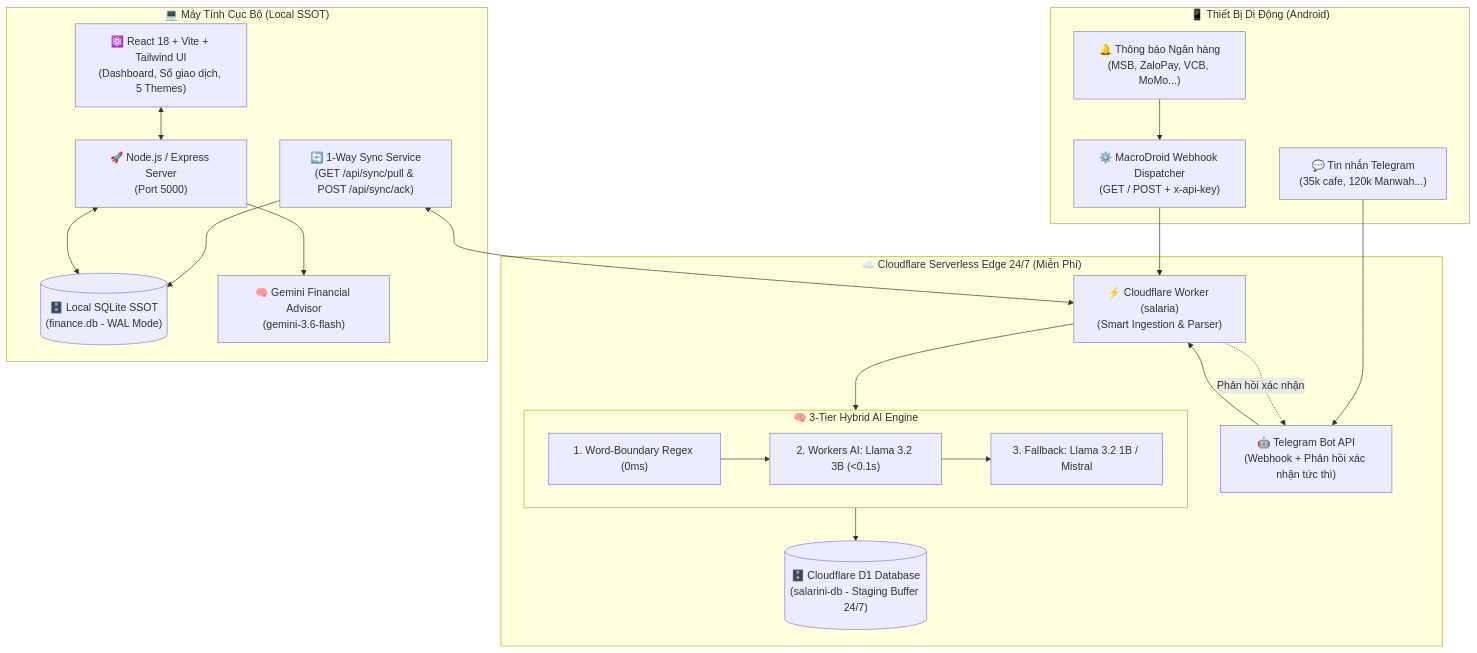
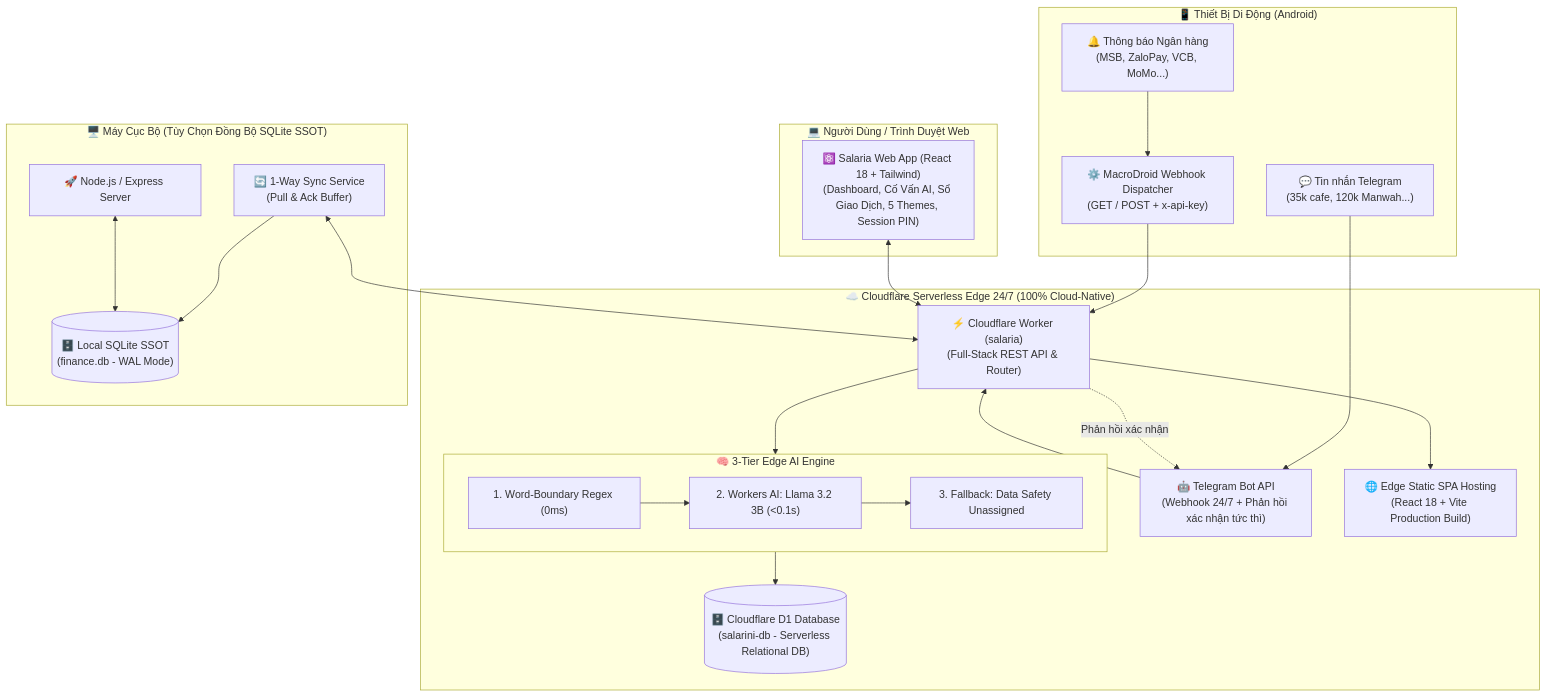
Before and after one commit to dynavv/salaria: the diagram in README.md, drawn with Mermaid. The commit also changed other lines of this file and 11 other files, not shown here.

Commit message:
chore: cleanup legacy code, remove Gemini dependencies & overhaul README architecture

````diff
--- a/README.md
+++ b/README.md
@@ -56,45 +57,48 @@
 ```mermaid
 flowchart TD
     subgraph Mobile ["📱 Thiết Bị Di Động (Android)"]
         BankNoti["🔔 Thông báo Ngân hàng<br/>(MSB, ZaloPay, VCB, MoMo...)"]
         UserMsg["💬 Tin nhắn Telegram<br/>(35k cafe, 120k Manwah...)"]
         MacroDroid["⚙️ MacroDroid Webhook Dispatcher<br/>(GET / POST + x-api-key)"]
         
         BankNoti --> MacroDroid
     end
 
-    subgraph Cloudflare ["☁️ Cloudflare Serverless Edge 24/7 (Miễn Phí)"]
-        Worker["⚡ Cloudflare Worker (salaria)<br/>(Smart Ingestion & Parser)"]
+    subgraph Cloudflare ["☁️ Cloudflare Serverless Edge 24/7 (100% Cloud-Native)"]
+        Worker["⚡ Cloudflare Worker (salaria)<br/>(Full-Stack REST API & Router)"]
         
-        subgraph AI_Engine ["🧠 3-Tier Hybrid AI Engine"]
+        subgraph AI_Engine ["🧠 3-Tier Edge AI Engine"]
             Regex["1. Word-Boundary Regex (0ms)"]
             Llama["2. Workers AI: Llama 3.2 3B (<0.1s)"]
-            Fallback["3. Fallback: Llama 3.2 1B / Mistral"]
+            Fallback["3. Fallback: Data Safety Unassigned"]
             Regex --> Llama --> Fallback
         end
         
-        D1[("🗄️ Cloudflare D1 Database<br/>(salarini-db - Staging Buffer 24/7)")]
-        TgBot["🤖 Telegram Bot API<br/>(Webhook + Phản hồi xác nhận tức thì)"]
+        D1[("🗄️ Cloudflare D1 Database<br/>(salarini-db - Serverless Relational DB)")]
+        TgBot["🤖 Telegram Bot API<br/>(Webhook 24/7 + Phản hồi xác nhận tức thì)"]
+        EdgeStatic["🌐 Edge Static SPA Hosting<br/>(React 18 + Vite Production Build)"]
         
         MacroDroid --> Worker
         UserMsg --> TgBot
         TgBot --> Worker
         Worker --> AI_Engine
         AI_Engine --> D1
         Worker -.->|Phản hồi xác nhận| TgBot
+        Worker --> EdgeStatic
     end
 
-    subgraph Local ["💻 Máy Tính Cục Bộ (Local SSOT)"]
-        SyncService["🔄 1-Way Sync Service<br/>(GET /api/sync/pull & POST /api/sync/ack)"]
+    subgraph Client ["💻 Người Dùng / Trình Duyệt Web"]
+        ReactUI["⚛️ Salaria Web App (React 18 + Tailwind)<br/>(Dashboard, Cố Vấn AI, Sổ Giao Dịch, 5 Themes, Session PIN)"]
+        ReactUI <--> Worker
+    end
+
+    subgraph LocalSync ["🖥️ Máy Cục Bộ (Tùy Chọn Đồng Bộ SQLite SSOT)"]
+        SyncService["🔄 1-Way Sync Service<br/>(Pull & Ack Buffer)"]
         SQLite[("🗄️ Local SQLite SSOT<br/>(finance.db - WAL Mode)")]
-        Backend["🚀 Node.js / Express Server<br/>(Port 5000)"]
-        GeminiAdvisor["🧠 Gemini Financial Advisor<br/>(gemini-3.6-flash)"]
-        ReactUI["⚛️ React 18 + Vite + Tailwind UI<br/>(Dashboard, Sổ giao dịch, 5 Themes)"]
+        LocalBackend["🚀 Node.js / Express Server"]
         
         SyncService <--> Worker
         SyncService --> SQLite
-        Backend <--> SQLite
-        Backend --> GeminiAdvisor
-        ReactUI <--> Backend
+        LocalBackend <--> SQLite
     end
 ```
````
